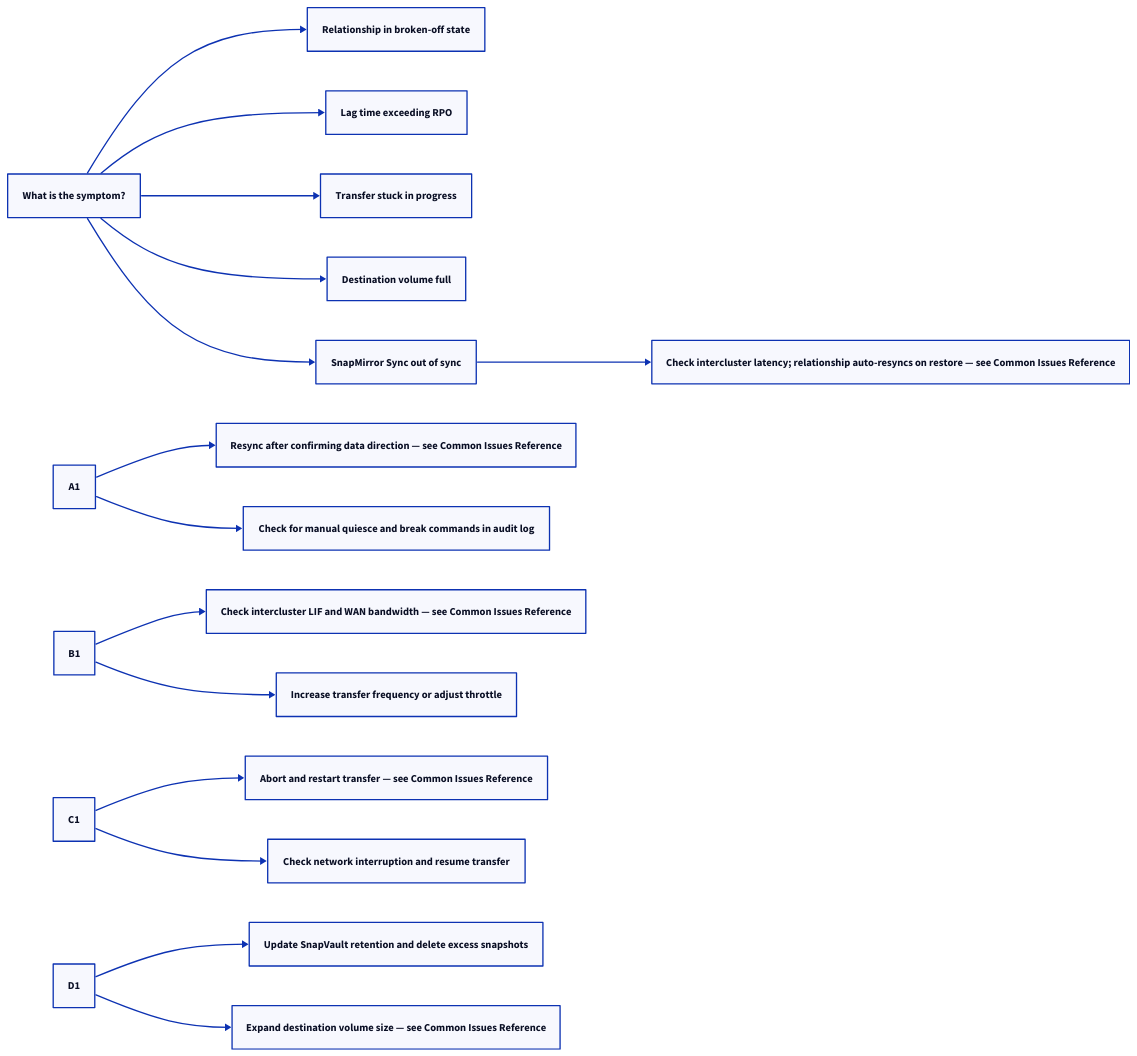
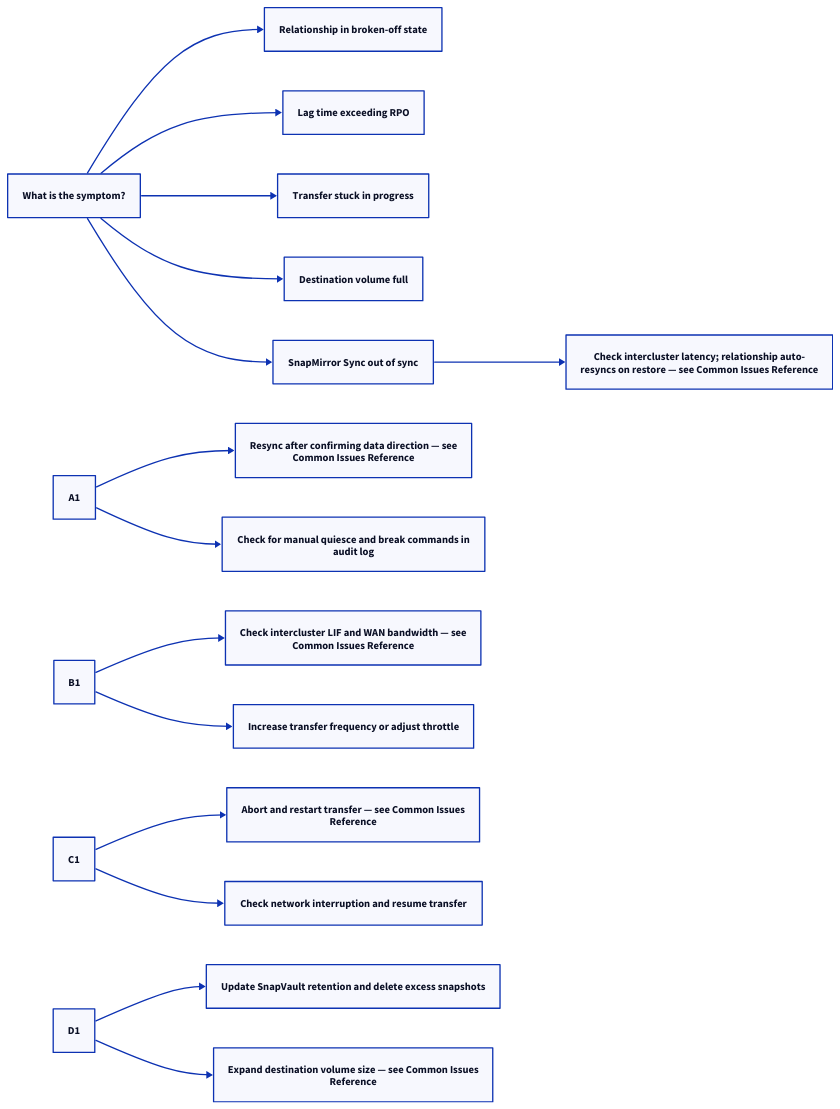
One commit to canast01/chris-kb changed the second of 2 diagrams in docs/storage/netapp/snapmirror/troubleshooting/common-issues.md. Above: the diagram before and after it, drawn with D2. The commit also changed 192 other files, not shown here.

````diff
--- a/docs/storage/netapp/snapmirror/troubleshooting/common-issues.md
+++ b/docs/storage/netapp/snapmirror/troubleshooting/common-issues.md
@@ -38,38 +38,38 @@
 ```d2
 direction: right
 
 S: "What is the symptom?" {shape: rectangle}
 A: "Relationship in broken-off state" {shape: rectangle}
 B: "Lag time exceeding RPO" {shape: rectangle}
 C: "Transfer stuck in progress" {shape: rectangle}
 D: "Destination volume full" {shape: rectangle}
 E: "SnapMirror Sync out of sync" {shape: rectangle}
 A1: "A1" {shape: rectangle}
-A2: "Resync after confirming data direction — see Common Issues Reference" {shape: rectangle}
-A3: "Check for manual quiesce and break commands in audit log" {shape: rectangle}
+A2: "Resync after confirming data direction — see\nCommon Issues Reference" {shape: rectangle}
+A3: "Check for manual quiesce and break commands in\naudit log" {shape: rectangle}
 B1: "B1" {shape: rectangle}
-B2: "Check intercluster LIF and WAN bandwidth — see Common Issues Reference" {shape: rectangle}
+B2: "Check intercluster LIF and WAN bandwidth — see\nCommon Issues Reference" {shape: rectangle}
 B3: "Increase transfer frequency or adjust throttle" {shape: rectangle}
 C1: "C1" {shape: rectangle}
-C2: "Abort and restart transfer — see Common Issues Reference" {shape: rectangle}
+C2: "Abort and restart transfer — see Common Issues\nReference" {shape: rectangle}
 C3: "Check network interruption and resume transfer" {shape: rectangle}
 D1: "D1" {shape: rectangle}
 D2: "Update SnapVault retention and delete excess snapshots" {shape: rectangle}
-D3: "Expand destination volume size — see Common Issues Reference" {shape: rectangle}
-E1: "Check intercluster latency; relationship auto-resyncs on restore — see Common Issues Reference" {shape: rectangle}
+D3: "Expand destination volume size — see Common Issues\nReference" {shape: rectangle}
+E1: "Check intercluster latency; relationship auto-\nresyncs on restore — see Common Issues Reference" {shape: rectangle}
 
 S -> A
 S -> B
 S -> C
 S -> D
 S -> E
 A1 -> A2
 A1 -> A3
 B1 -> B2
 B1 -> B3
 C1 -> C2
 C1 -> C3
 D1 -> D2
 D1 -> D3
 E -> E1
 ```
````
